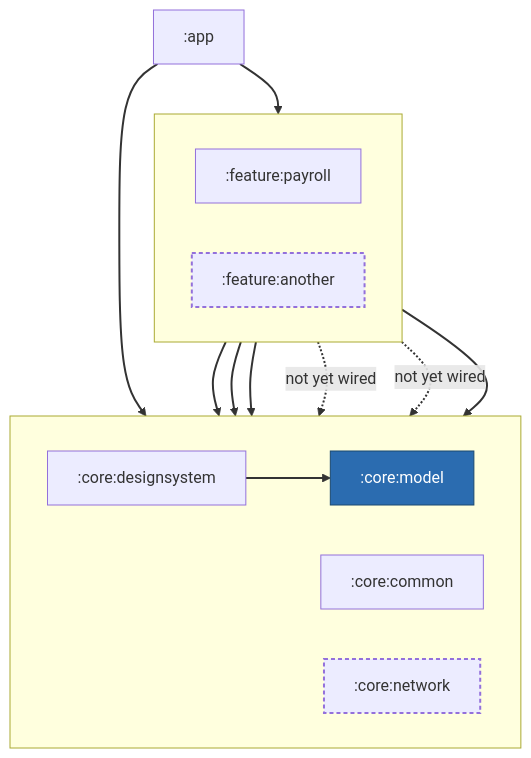
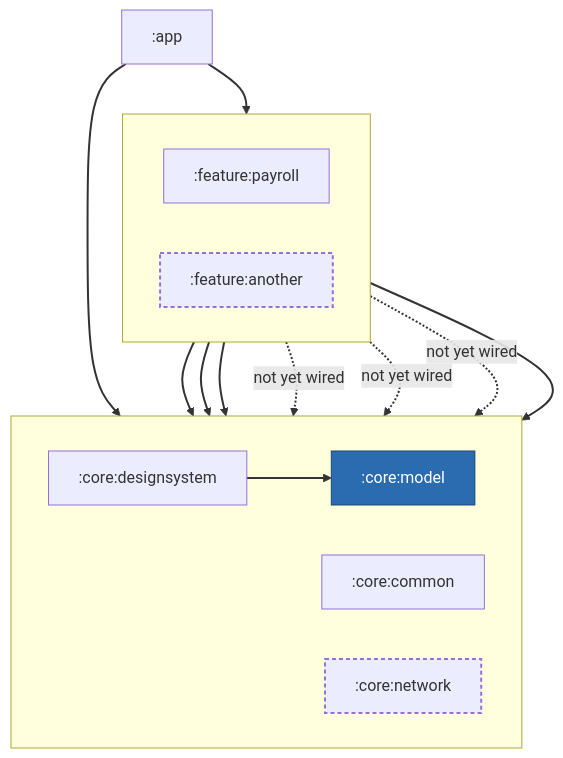
One commit to deepakkanyan/Payroll changed the diagram in README.md. Above: the diagram before and after it, drawn with Mermaid. The commit also changed other lines of this file, not shown here.

First line of the commit message:
Fix README dependency graph mapping

````diff
--- a/README.md
+++ b/README.md
@@ -71,37 +71,38 @@
 ```mermaid
 graph TD
     App[":app"]
 
     subgraph Features [" "]
         direction LR
         FeaturePayroll[":feature:payroll"]
         FeatureAnother[":feature:another"]
     end
 
     subgraph Core [" "]
         direction LR
         CoreDesignSystem[":core:designsystem"]
         CoreModel[":core:model"]
         CoreCommon[":core:common"]
         CoreNetwork[":core:network"]
     end
 
     App ==> FeaturePayroll
     App ==> CoreDesignSystem
 
     FeaturePayroll ==> CoreModel
     FeaturePayroll ==> CoreCommon
     FeaturePayroll ==> CoreDesignSystem
     FeaturePayroll -.->|not yet wired| CoreNetwork
 
     FeatureAnother -.->|not yet wired| CoreCommon
+    FeatureAnother -.->|not yet wired| CoreNetwork
     FeatureAnother ==> CoreDesignSystem
 
     CoreDesignSystem ==> CoreModel
 
     classDef core fill:#2b6cb0,color:#fff,stroke:#1a4971,stroke-width:1px
     classDef planned stroke-dasharray:4 3,stroke-width:2px
     class CoreModel core
     class FeatureAnother,CoreNetwork planned
     linkStyle default stroke-width:2px
 ```
````
